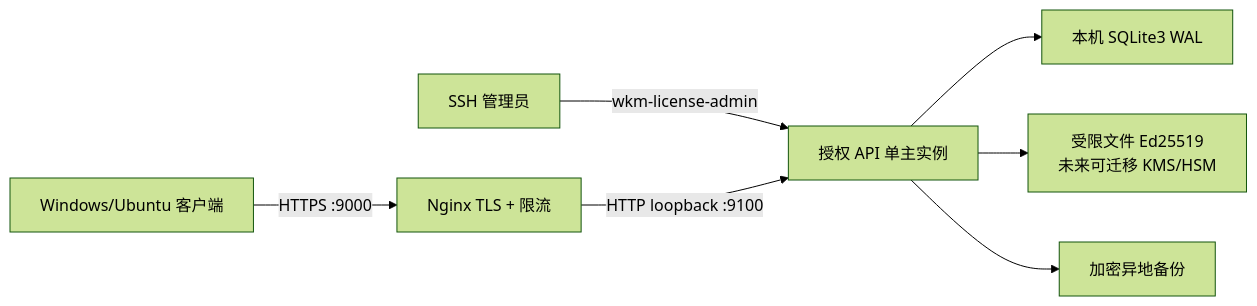
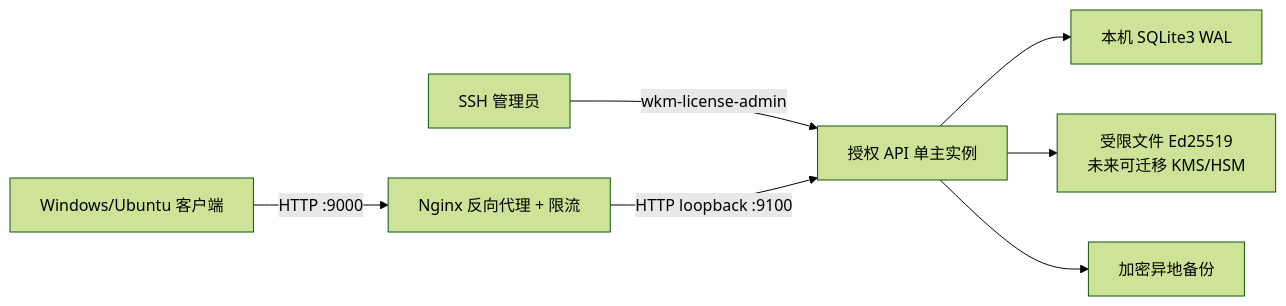
One commit to gladlyknow/WeChatMemory-LicenseServer changed the diagram in docs/DEPLOYMENT_104.244.90.172.md. Above: the diagram before and after it, drawn with Mermaid (forest theme). The commit also changed other lines of this file and 33 other files, not shown here.

````diff
--- a/docs/DEPLOYMENT_104.244.90.172.md
+++ b/docs/DEPLOYMENT_104.244.90.172.md
@@ -18,9 +19,9 @@
 ```mermaid
 flowchart LR
-    Client["Windows/Ubuntu 客户端"] -->|"HTTPS :9000"| Proxy["Nginx TLS + 限流"]
+    Client["Windows/Ubuntu 客户端"] -->|"HTTP :9000"| Proxy["Nginx 反向代理 + 限流"]
     Admin["SSH 管理员"] -->|"wkm-license-admin"| API["授权 API 单主实例"]
     Proxy -->|"HTTP loopback :9100"| API
     API --> DB["本机 SQLite3 WAL"]
     API --> Key["受限文件 Ed25519<br/>未来可迁移 KMS/HSM"]
     API --> Backup["加密异地备份"]
 ```
````
